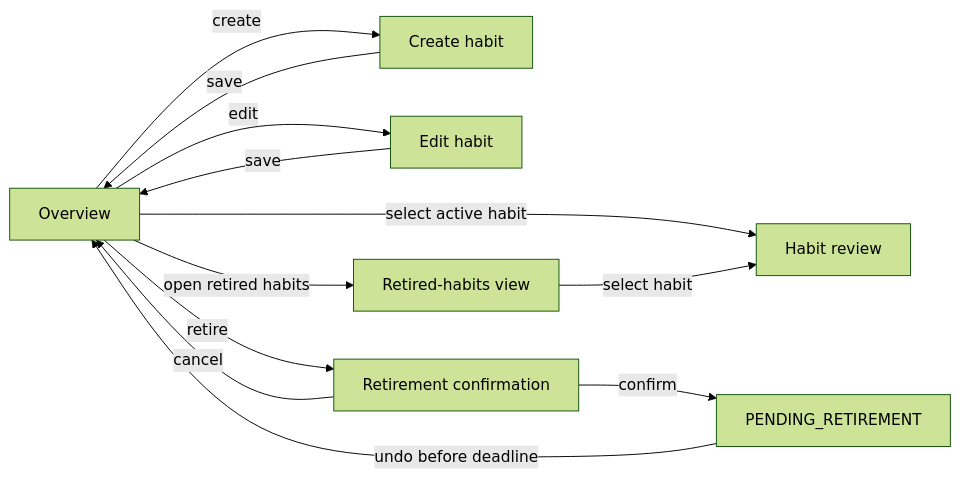
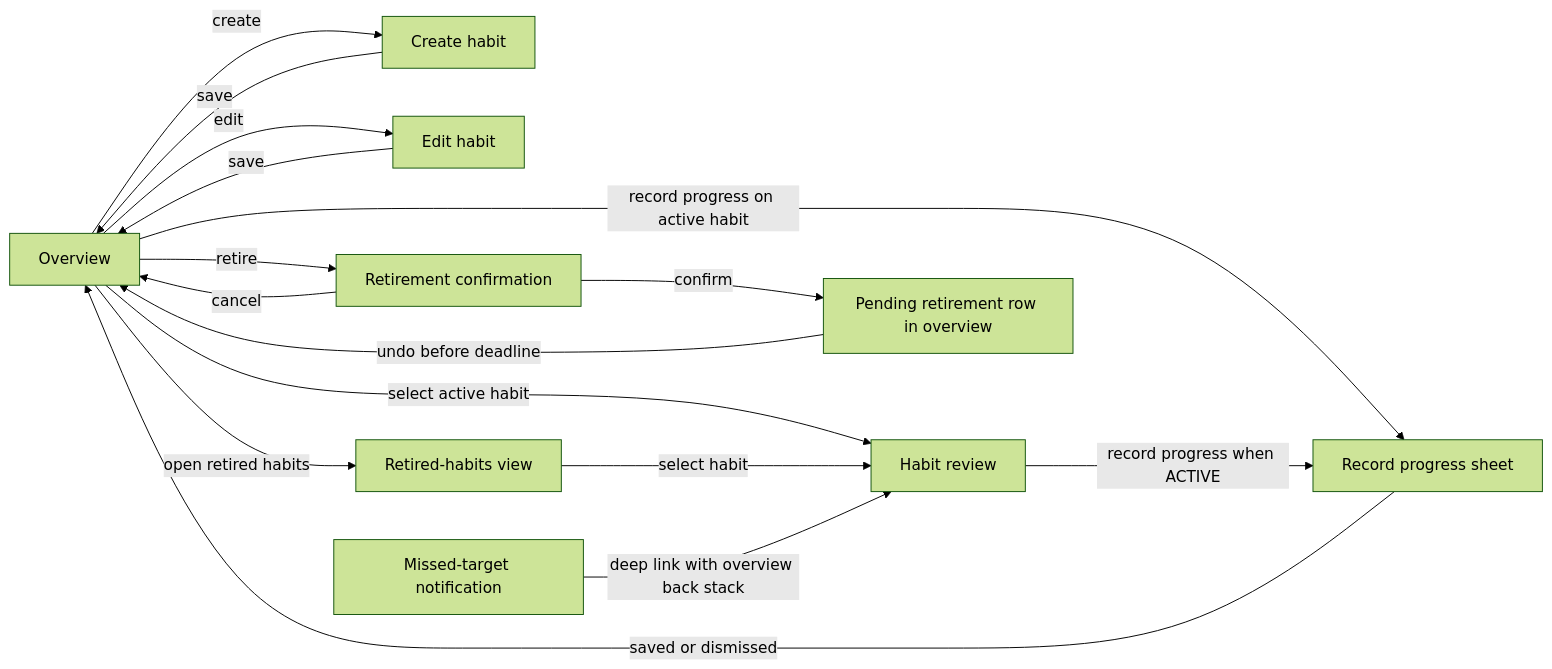
One commit to AnilDeshpande/SampleHabitTrackerApp changed the seventh of 7 diagrams in docs/architecture/habit-tracker-v1-architecture.md. Above: the diagram before and after it, drawn with Mermaid (forest theme). The commit also changed other lines of this file and 7 other files, not shown here.

First line of the commit message:
Close habit tracker architecture gaps and route harness

````diff
--- a/docs/architecture/habit-tracker-v1-architecture.md
+++ b/docs/architecture/habit-tracker-v1-architecture.md
@@ -305,14 +435,18 @@
 ```mermaid
 flowchart LR
     Overview -->|create| CreateHabit[Create habit]
     CreateHabit -->|save| Overview
+    Overview -->|record progress on active habit| RecordProgress[Record progress sheet]
+    RecordProgress -->|saved or dismissed| Overview
     Overview -->|select active habit| HabitReview[Habit review]
+    HabitReview -->|record progress when ACTIVE| RecordProgress
     Overview -->|edit| EditHabit[Edit habit]
     EditHabit -->|save| Overview
     Overview -->|retire| RetirementConfirmation[Retirement confirmation]
-    RetirementConfirmation -->|confirm| PendingRetirement[PENDING_RETIREMENT]
+    RetirementConfirmation -->|confirm| PendingRow[Pending retirement row in overview]
     RetirementConfirmation -->|cancel| Overview
-    PendingRetirement -->|undo before deadline| Overview
+    PendingRow -->|undo before deadline| Overview
     Overview -->|open retired habits| RetiredHabits[Retired-habits view]
     RetiredHabits -->|select habit| HabitReview
+    Notification[Missed-target notification] -->|deep link with overview back stack| HabitReview
 ```
````
